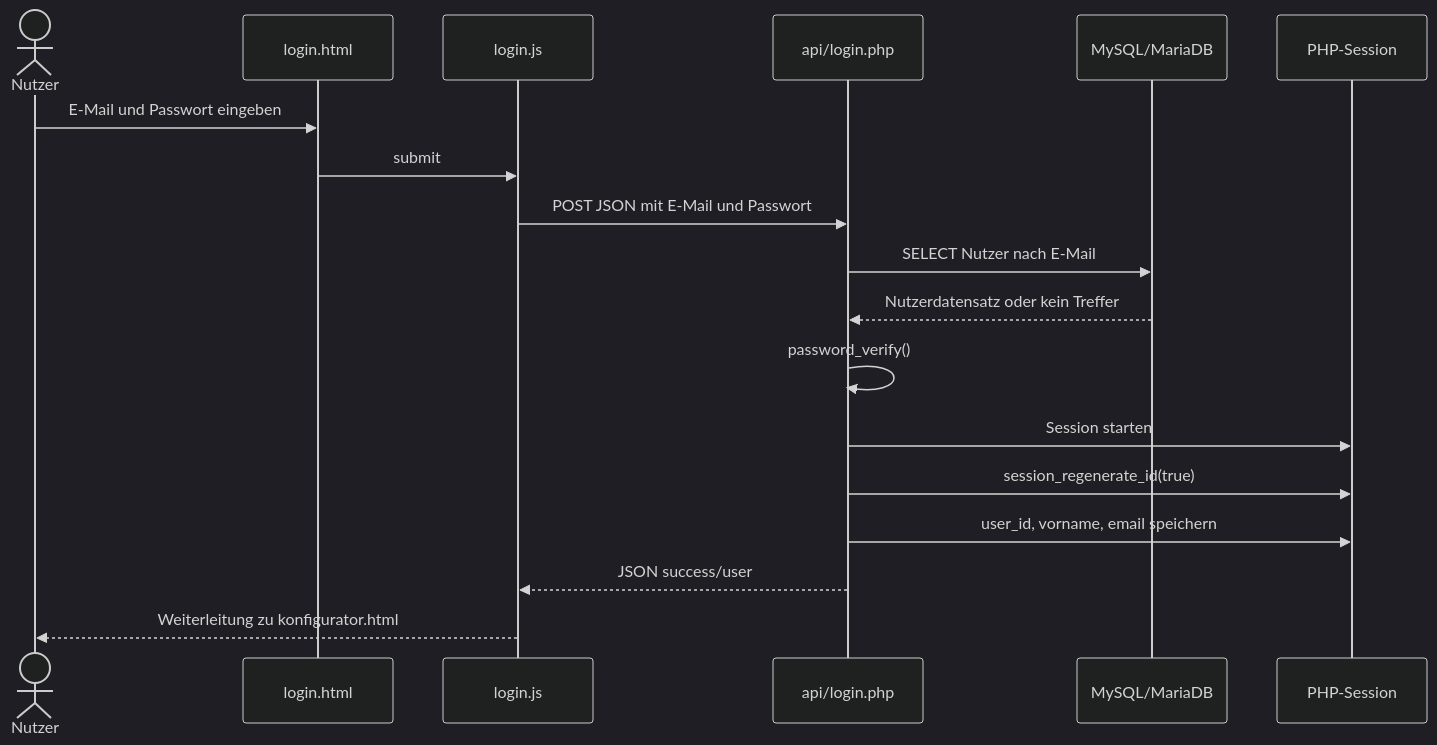
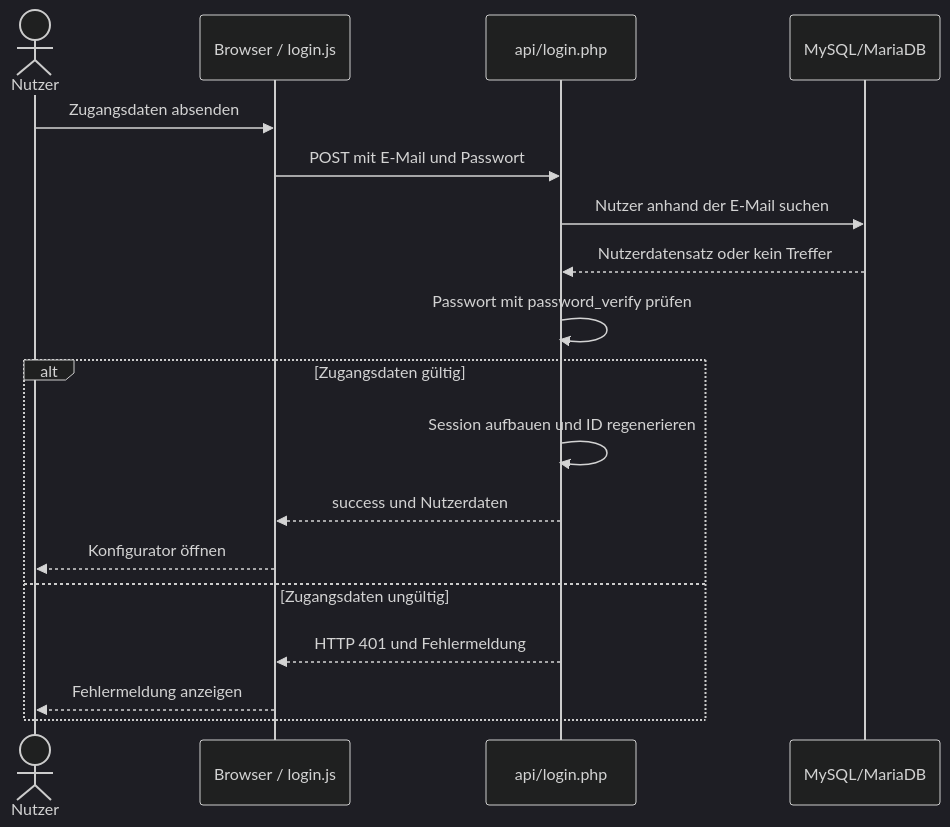
Before and after one commit to Familienmann89/Pizza-Tracker-: the second of 4 diagrams in docs/arch/A06 - Laufzeitsicht.md, drawn with Mermaid (dark theme). The commit also changed other lines of this file, not shown here.

````diff
--- a/docs/arch/A06 - Laufzeitsicht.md
+++ b/docs/arch/A06 - Laufzeitsicht.md
@@ -81,21 +59,20 @@
 ```mermaid
 sequenceDiagram
     actor N as Nutzer
-    participant H as login.html
-    participant J as login.js
+    participant B as Browser / login.js
     participant A as api/login.php
-    participant DB as MySQL/MariaDB
-    participant S as PHP-Session
-
-    N->>H: E-Mail und Passwort eingeben
-    H->>J: submit
-    J->>A: POST JSON mit E-Mail und Passwort
-    A->>DB: SELECT Nutzer nach E-Mail
-    DB-->>A: Nutzerdatensatz oder kein Treffer
-    A->>A: password_verify()
-    A->>S: Session starten
-    A->>S: session_regenerate_id(true)
-    A->>S: user_id, vorname, email speichern
-    A-->>J: JSON success/user
-    J-->>N: Weiterleitung zu konfigurator.html
+    participant D as MySQL/MariaDB
+    N->>B: Zugangsdaten absenden
+    B->>A: POST mit E-Mail und Passwort
+    A->>D: Nutzer anhand der E-Mail suchen
+    D-->>A: Nutzerdatensatz oder kein Treffer
+    A->>A: Passwort mit password_verify prüfen
+    alt Zugangsdaten gültig
+        A->>A: Session aufbauen und ID regenerieren
+        A-->>B: success und Nutzerdaten
+        B-->>N: Konfigurator öffnen
+    else Zugangsdaten ungültig
+        A-->>B: HTTP 401 und Fehlermeldung
+        B-->>N: Fehlermeldung anzeigen
+    end
 ```
````
